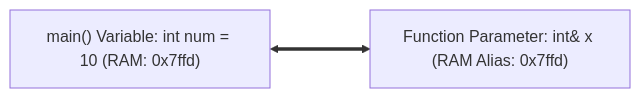
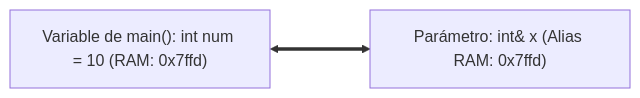
One commit to MiniLux0/LearningCpp changed the diagram in 03_Subroutines/theory/L25_FunctionParameters.md. Above: the diagram before and after it, drawn with Mermaid. The commit also changed other lines of this file and 97 other files, not shown here.

````diff
--- a/03_Subroutines/theory/L25_FunctionParameters.md
+++ b/03_Subroutines/theory/L25_FunctionParameters.md
@@ -48,4 +51,4 @@
 ```mermaid
 graph LR
-    SubGraph["main() Variable: int num = 10 (RAM: 0x7ffd)"] <===> Ref["Function Parameter: int& x (RAM Alias: 0x7ffd)"]
+    SubGraph["Variable de main(): int num = 10 (RAM: 0x7ffd)"] <===> Ref["Parámetro: int& x (Alias RAM: 0x7ffd)"]
 ```
````
